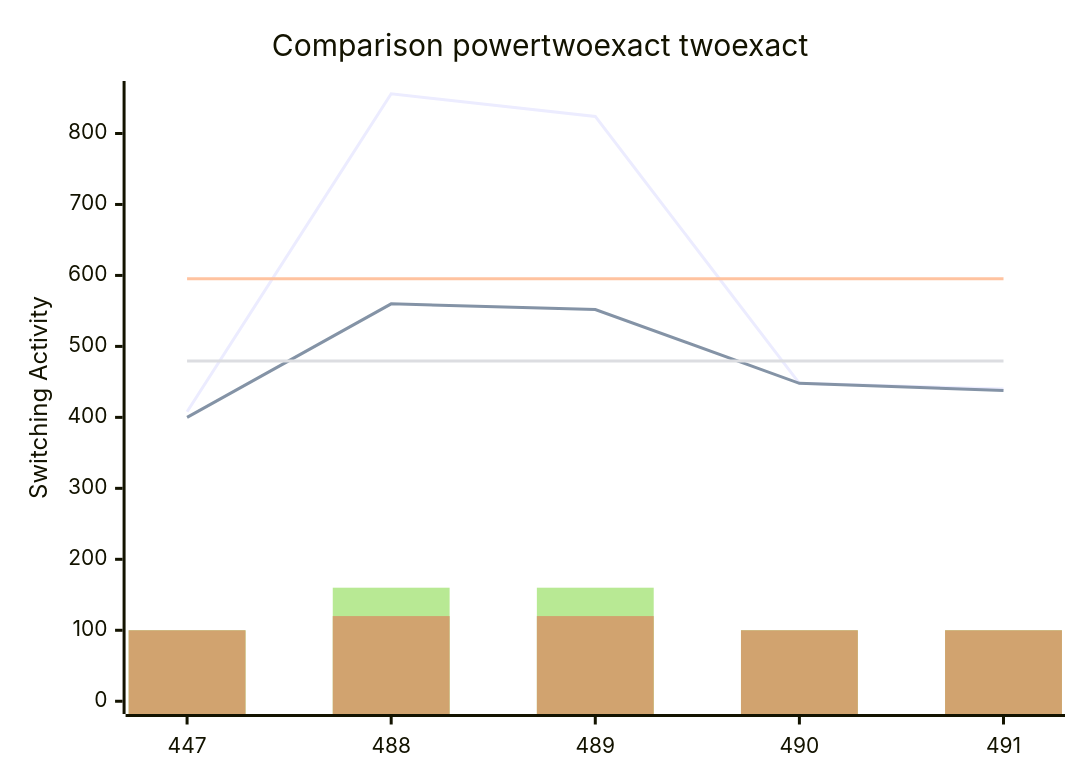
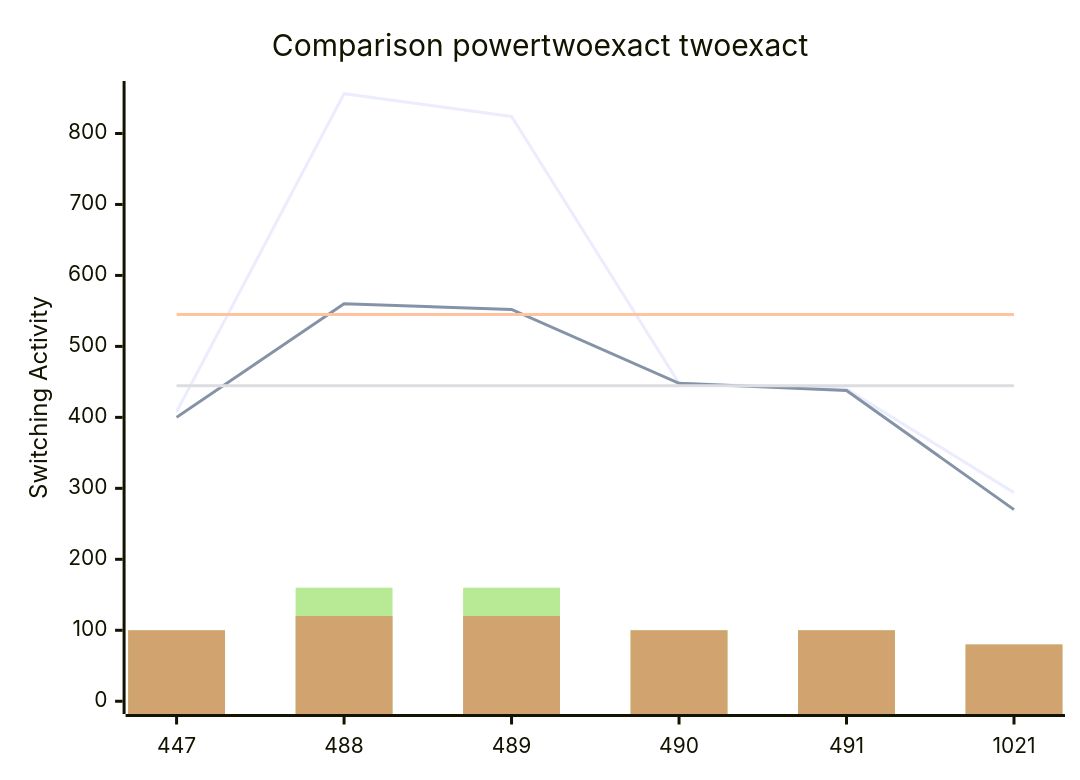
One commit to FeldmeierMichael/Exact-Power-Synthesis changed the diagram in benchmark_opt2.md. Above: the diagram before and after it, drawn with Mermaid. The commit also changed other lines of this file, not shown here.

````diff
--- a/benchmark_opt2.md
+++ b/benchmark_opt2.md
@@ -11,12 +13,12 @@
 ```mermaid
 xychart-beta
     title "Comparison powertwoexact twoexact"
-    x-axis [447, 488, 489, 490, 491]
+    x-axis [447, 488, 489, 490, 491, 1021]
     y-axis "Switching Activity" 0-->856
-    line [408, 856, 824, 448, 440]
-    line [400, 560, 552, 448, 438]
-    line [595.2, 595.2, 595.2, 595.2, 595.2]
-    line [479.6, 479.6, 479.6, 479.6, 479.6]
-    bar [100, 160, 160, 100, 100]
-    bar [100, 120, 120, 100, 100]
+    line [408, 856, 824, 448, 440, 294]
+    line [400, 560, 552, 448, 438, 270]
+    line [545.0, 545.0, 545.0, 545.0, 545.0, 545.0]
+    line [444.6666666666667, 444.6666666666667, 444.6666666666667, 444.6666666666667, 444.6666666666667, 444.6666666666667]
+    bar [100, 160, 160, 100, 100, 80]
+    bar [100, 120, 120, 100, 100, 80]
 ```
````
